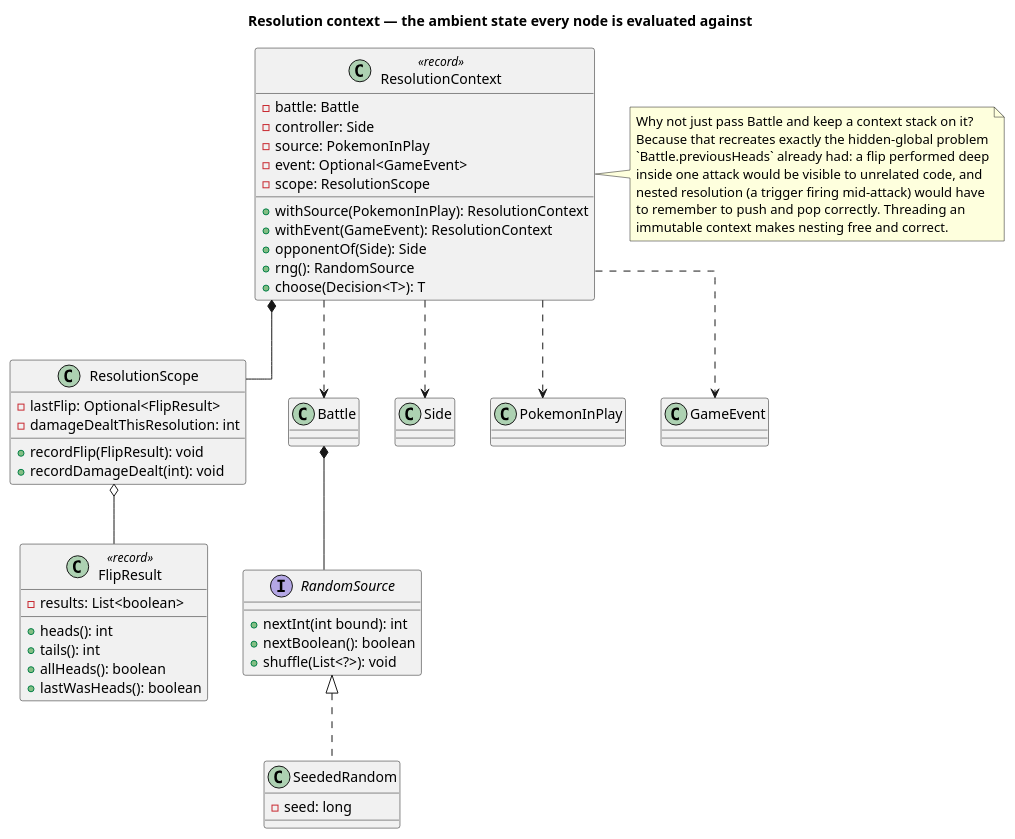
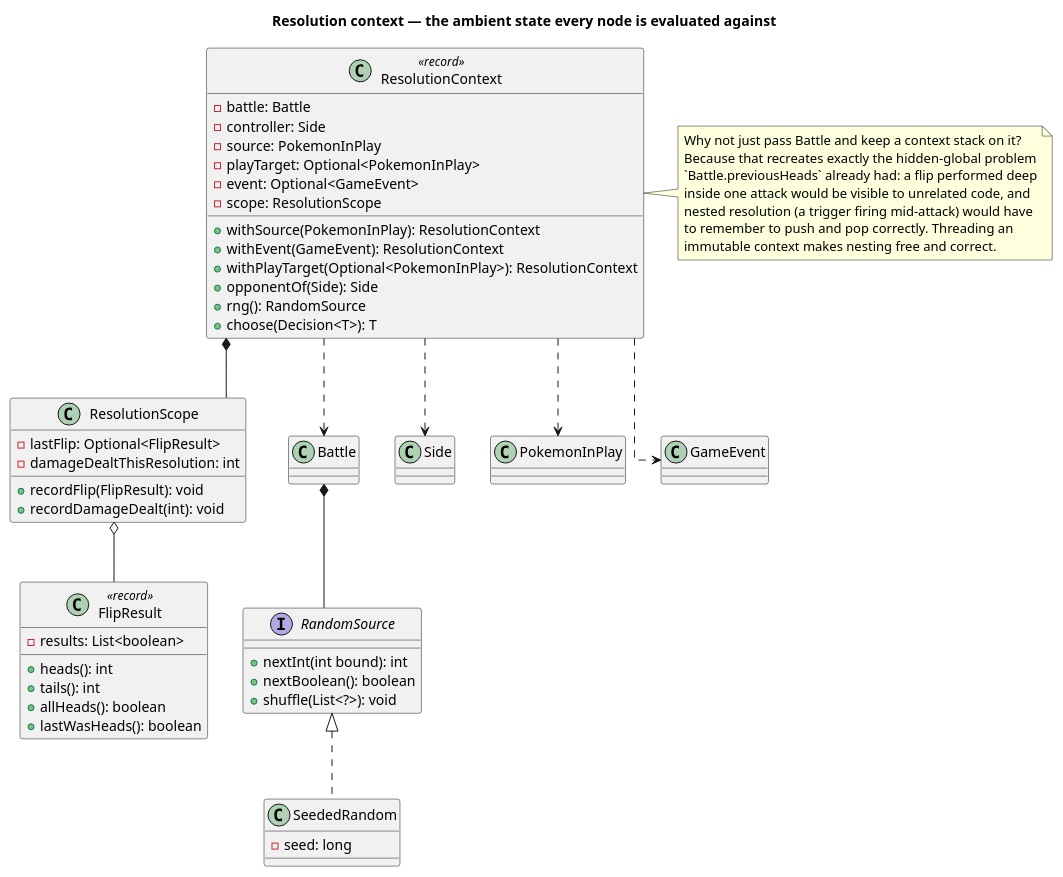
The diagram in docs/UML/Resolution.puml (Richie-Moon/TCGPocketBattler), drawn with PlantUML before and after one commit. The commit also changed 28 other files, not shown here.

```diff
--- a/docs/UML/Resolution.puml
+++ b/docs/UML/Resolution.puml
@@ -1,86 +1,90 @@
 @startuml
 title Resolution context — the ambient state every node is evaluated against
 
 skinparam linetype ortho
 
 /'
   Every evaluator (INumber, ICondition at the top level, ITarget, IEffect,
   IAttempt, IAction) takes a ResolutionContext instead of a bare Battle.
 '/
 
 class ResolutionContext <<record>> {
     - battle: Battle
     - controller: Side
     /' The card whose text is being resolved. `Self` and `SelfSide` resolve
        through this, which is how a Tool or Ability trigger can mean
        "the Pokemon I am attached to". '/
     - source: PokemonInPlay
+    /' The Pokemon a Trainer was dragged onto (PlayedOnto). Separate from
+       source, which is whose text is resolving; PlayTarget resolves this. '/
+    - playTarget: Optional<PokemonInPlay>
     /' Present only while a trigger is resolving; carries the payload of the
        event that fired it. '/
     - event: Optional<GameEvent>
     - scope: ResolutionScope
 
     + withSource(PokemonInPlay): ResolutionContext
     + withEvent(GameEvent): ResolutionContext
+    + withPlayTarget(Optional<PokemonInPlay>): ResolutionContext
     + opponentOf(Side): Side
     + rng(): RandomSource
     + choose(Decision<T>): T
 }
 
 /'
   Deliberately mutable, and the only mutable thing reachable from an otherwise
   immutable context. It is the scratchpad for one resolution: a coin flip
   performed by an IFlipStrategy has to be readable by the INumber that follows
   it in the same Attempt.
 '/
 class ResolutionScope {
     - lastFlip: Optional<FlipResult>
     - damageDealtThisResolution: int
 
     + recordFlip(FlipResult): void
     + recordDamageDealt(int): void
 }
 
 class FlipResult <<record>> {
     - results: List<boolean>
 
     + heads(): int
     + tails(): int
     + allHeads(): boolean
     + lastWasHeads(): boolean
 }
 
 /'
   Seeded so that a whole game replays identically. Everything random goes
   through here: FlipN, FlipUntilTails, shuffleDeck, the *Random targets,
   SpreadDamage distribution, and RandomPlayer's decisions.
 '/
 interface RandomSource {
     + nextInt(int bound): int
     + nextBoolean(): boolean
     + shuffle(List<?>): void
 }
 
 class SeededRandom implements RandomSource {
     - seed: long
 }
 
 ResolutionContext *-- ResolutionScope
 ResolutionScope o-- FlipResult
 ResolutionContext ..> Battle
 ResolutionContext ..> Side
 ResolutionContext ..> PokemonInPlay
 ResolutionContext ..> GameEvent
 Battle *-- RandomSource
 
 note right of ResolutionContext
   Why not just pass Battle and keep a context stack on it?
   Because that recreates exactly the hidden-global problem
   `Battle.previousHeads` already had: a flip performed deep
   inside one attack would be visible to unrelated code, and
   nested resolution (a trigger firing mid-attack) would have
   to remember to push and pop correctly. Threading an
   immutable context makes nesting free and correct.
 end note
 
 @enduml
```
